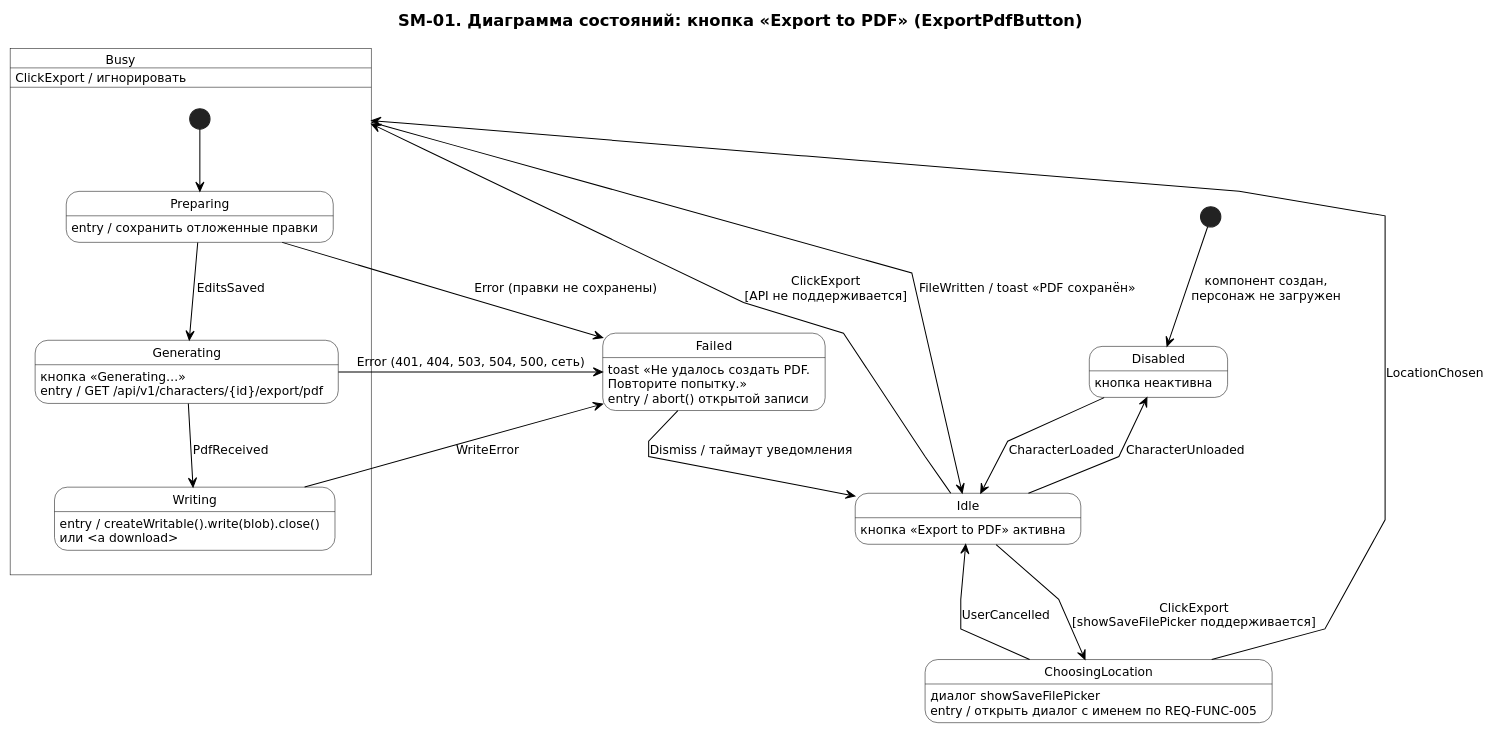
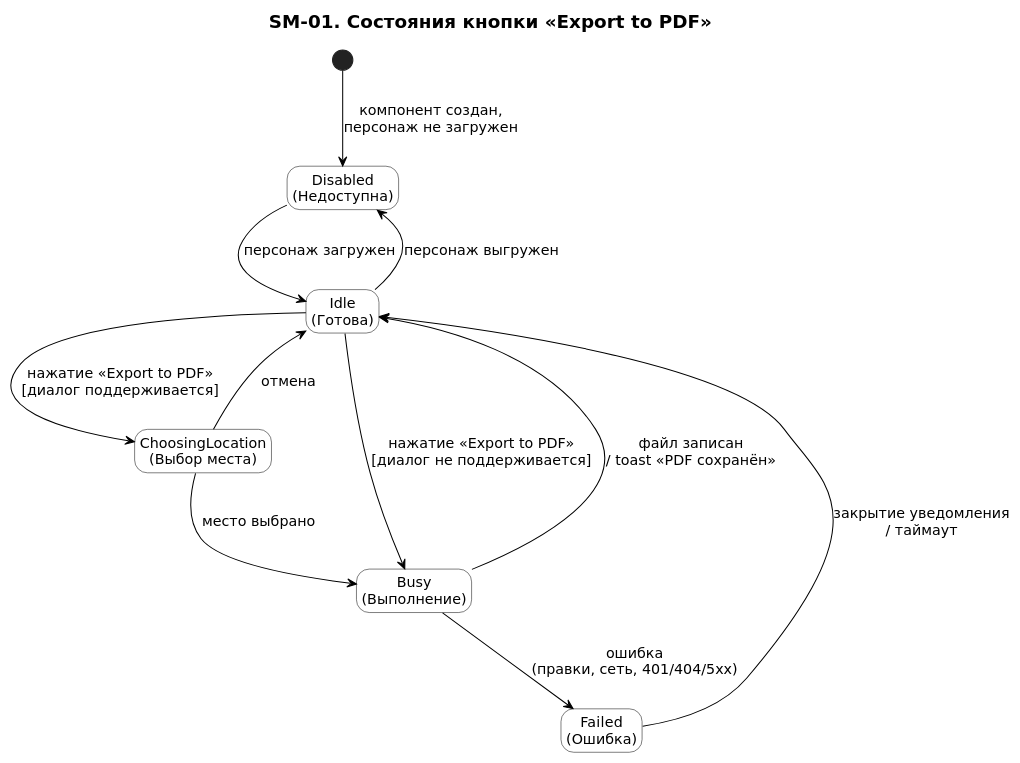
One commit to Yakush-A/SDLC-BSUIR changed the diagram in uml/diagrams/sm-01-export-button.puml. Above: the diagram before and after it, drawn with PlantUML. The commit also changed 12 other files, not shown here.

Commit message:
fix: UML diagrams secret DS API

```diff
--- a/uml/diagrams/sm-01-export-button.puml
+++ b/uml/diagrams/sm-01-export-button.puml
@@ -1,56 +1,42 @@
 @startuml sm-01-export-button
 skinparam backgroundColor #FFFFFF
 skinparam shadowing false
 skinparam style strictuml
-skinparam linetype polyline
 skinparam defaultFontName "DejaVu Sans"
-skinparam defaultFontSize 12
+skinparam defaultFontSize 14
 skinparam ArrowColor #000000
 skinparam ArrowFontColor #000000
 skinparam TitleFontColor #000000
-skinparam TitleFontSize 16
+skinparam TitleFontSize 18
 skinparam TitleFontStyle bold
 skinparam NoteBackgroundColor #FFFFFF
 skinparam NoteBorderColor #000000
 skinparam NoteFontColor #000000
 skinparam state {
   BackgroundColor #FFFFFF
   BorderColor #000000
   FontColor #000000
   StartColor #000000
   EndColor #000000
 }
-title SM-01. Диаграмма состояний: кнопка «Export to PDF» (ExportPdfButton)
+title SM-01. Состояния кнопки «Export to PDF»
 hide empty description
 
 [*] --> Disabled : компонент создан,\nперсонаж не загружен
 
-state Disabled : кнопка неактивна
-state Idle : кнопка «Export to PDF» активна
-state ChoosingLocation : диалог showSaveFilePicker\nentry / открыть диалог с именем по REQ-FUNC-005
+state "Disabled\n(Недоступна)" as Disabled
+state "Idle\n(Готова)" as Idle
+state "ChoosingLocation\n(Выбор места)" as ChoosingLocation
+state "Busy\n(Выполнение)" as Busy
+state "Failed\n(Ошибка)" as Failed
 
-state Busy {
-  state Preparing : entry / сохранить отложенные правки
-  state Generating : кнопка «Generating…»\nentry / GET /api/v1/characters/{id}/export/pdf
-  state Writing : entry / createWritable().write(blob).close()\nили <a download>
-  Busy : ClickExport / игнорировать
-
-  [*] --> Preparing
-  Preparing --> Generating : EditsSaved
-  Generating --> Writing : PdfReceived
-}
-
-state Failed : toast «Не удалось создать PDF.\nПовторите попытку.»\nentry / abort() открытой записи
-
-Disabled --> Idle : CharacterLoaded
-Idle --> Disabled : CharacterUnloaded
-Idle --> ChoosingLocation : ClickExport\n[showSaveFilePicker поддерживается]
-Idle --> Busy : ClickExport\n[API не поддерживается]
-ChoosingLocation --> Idle : UserCancelled
-ChoosingLocation --> Busy : LocationChosen
-Busy --> Idle : FileWritten / toast «PDF сохранён»
-Preparing --> Failed : Error (правки не сохранены)
-Generating --> Failed : Error (401, 404, 503, 504, 500, сеть)
-Writing --> Failed : WriteError
-Failed --> Idle : Dismiss / таймаут уведомления
+Disabled --> Idle : персонаж загружен
+Idle --> Disabled : персонаж выгружен
+Idle --> ChoosingLocation : нажатие «Export to PDF»\n[диалог поддерживается]
+Idle --> Busy : нажатие «Export to PDF»\n[диалог не поддерживается]
+ChoosingLocation --> Idle : отмена
+ChoosingLocation --> Busy : место выбрано
+Busy --> Idle : файл записан\n/ toast «PDF сохранён»
+Busy --> Failed : ошибка\n(правки, сеть, 401/404/5xx)
+Failed --> Idle : закрытие уведомления\n/ таймаут
 @enduml
```
